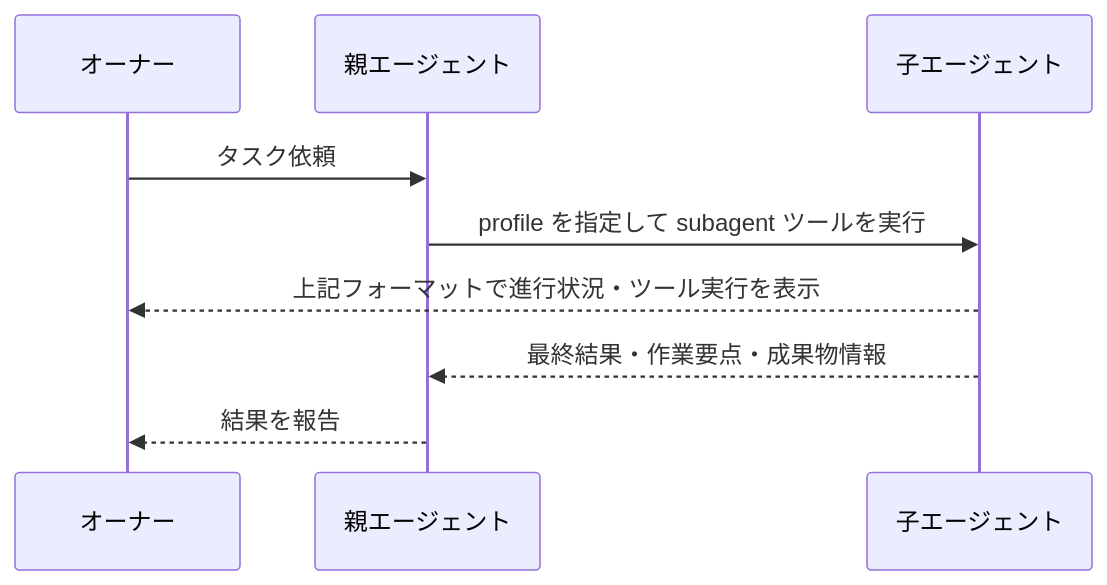
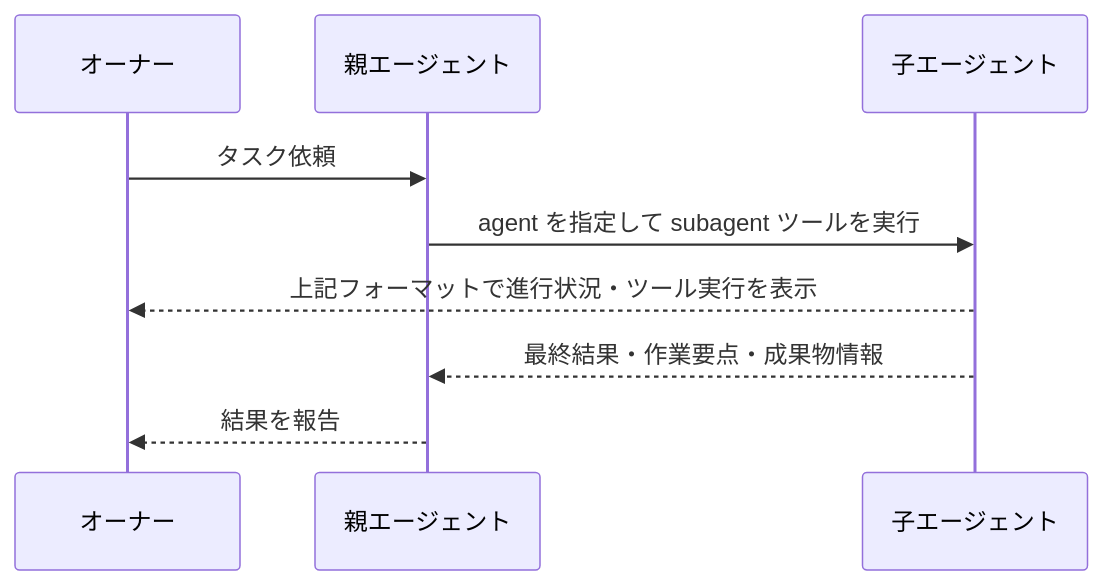
The third of 3 diagrams in dotfiles/.pi/agent/extensions.exact/profile/SPEC.md (CatBraaain/dotfiles), drawn with Mermaid before and after one commit. The commit also changed other lines of this file and 4 other files, not shown here.

Commit message:
refactor(pi): rename profile concept to agent

````diff
--- a/dotfiles/.pi/agent/extensions.exact/profile/SPEC.md
+++ b/dotfiles/.pi/agent/extensions.exact/profile/SPEC.md
@@ -302,12 +303,12 @@
 ```mermaid
 sequenceDiagram
     participant Owner as オーナー
     participant Parent as 親エージェント
     participant Child as 子エージェント
 
     Owner->>Parent: タスク依頼
-    Parent->>Child: profile を指定して subagent ツールを実行
+    Parent->>Child: agent を指定して subagent ツールを実行
     Child-->>Owner: 上記フォーマットで進行状況・ツール実行を表示
     Child-->>Parent: 最終結果・作業要点・成果物情報
     Parent-->>Owner: 結果を報告
 ```
````
